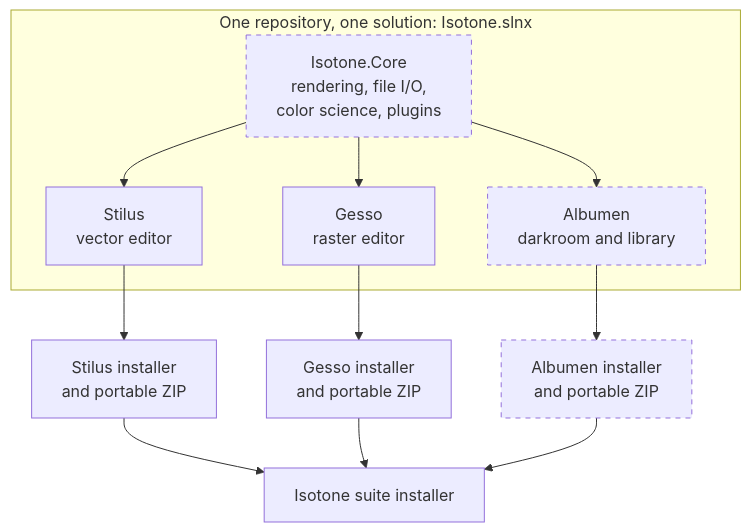
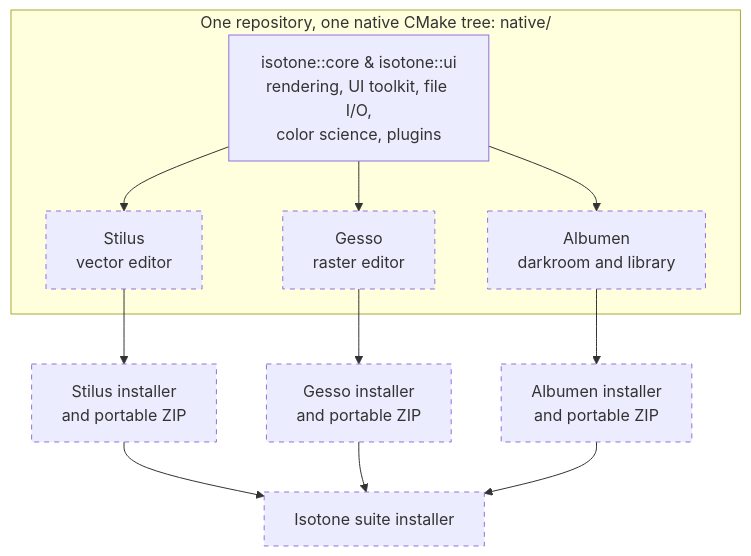
Before and after one commit to rizonesoft/Isotone: the diagram in README.md, drawn with Mermaid. The commit also changed other lines of this file and 320 other files, not shown here.

````diff
--- a/README.md
+++ b/README.md
@@ -147,21 +147,21 @@
 ```mermaid
 flowchart TB
-    subgraph repo["One repository, one solution: Isotone.slnx"]
-        core["Isotone.Core<br/>rendering, file I/O,<br/>color science, plugins"]
+    subgraph repo["One repository, one native CMake tree: native/"]
+        core["isotone::core & isotone::ui<br/>rendering, UI toolkit, file I/O,<br/>color science, plugins"]
         stilus["Stilus<br/>vector editor"]
         gesso["Gesso<br/>raster editor"]
         albumen["Albumen<br/>darkroom and library"]
         core --> stilus
         core --> gesso
         core --> albumen
     end
     stilus --> nsetup["Stilus installer<br/>and portable ZIP"]
     gesso --> isetup["Gesso installer<br/>and portable ZIP"]
     albumen --> lsetup["Albumen installer<br/>and portable ZIP"]
     nsetup --> suite["Isotone suite installer"]
     isetup --> suite
     lsetup --> suite
 
     classDef planned stroke-dasharray: 5 5
-    class core,albumen,lsetup planned
+    class stilus,gesso,albumen,nsetup,isetup,lsetup,suite planned
 ```
````
